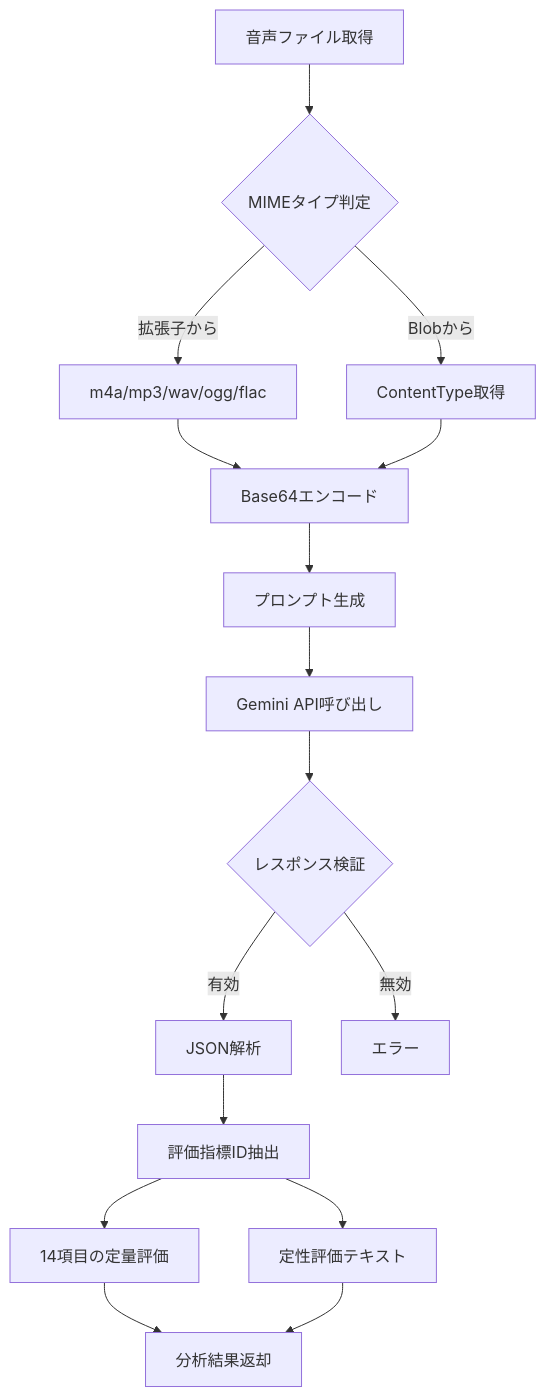
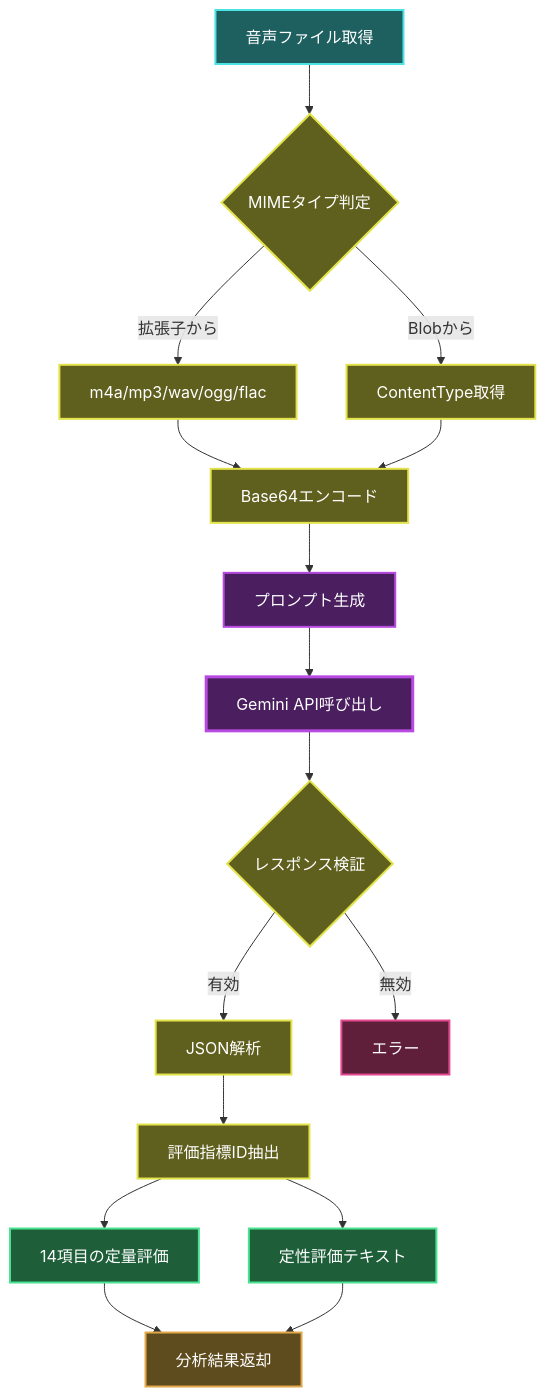
Before and after one commit to tasai-lab/appsheet-gas-automation: the fourth of 4 diagrams in gas_projects/Appsheet_営業_音声記録/SCRIPT_ARCHITECTURE.md, drawn with Mermaid. The commit also changed other lines of this file and 4 other files, not shown here.

First line of the commit message:
docs: 全ての図に配色ガイドライン準拠の配色を適用

````diff
--- a/gas_projects/Appsheet_営業_音声記録/SCRIPT_ARCHITECTURE.md
+++ b/gas_projects/Appsheet_営業_音声記録/SCRIPT_ARCHITECTURE.md
@@ -222,22 +236,38 @@
 ```mermaid
 graph TD
     A[音声ファイル取得] --> B{MIMEタイプ判定}
     B -->|拡張子から| C[m4a/mp3/wav/ogg/flac]
     B -->|Blobから| D[ContentType取得]
     C --> E[Base64エンコード]
     D --> E
     
     E --> F[プロンプト生成]
     F --> G[Gemini API呼び出し]
     
     G --> H{レスポンス検証}
     H -->|有効| I[JSON解析]
     H -->|無効| J[エラー]
     
     I --> K[評価指標ID抽出]
     K --> L[14項目の定量評価]
     K --> M[定性評価テキスト]
     
     L --> N[分析結果返却]
     M --> N
+    
+    %% スタイル定義（ダークモード対応）
+    style A fill:#1e5f5f,stroke:#4ae2e2,stroke-width:2px,color:#fff
+    style B fill:#5f5f1e,stroke:#e2e24a,stroke-width:2px,color:#fff
+    style C fill:#5f5f1e,stroke:#e2e24a,stroke-width:2px,color:#fff
+    style D fill:#5f5f1e,stroke:#e2e24a,stroke-width:2px,color:#fff
+    style E fill:#5f5f1e,stroke:#e2e24a,stroke-width:2px,color:#fff
+    style F fill:#4a1e5f,stroke:#b84ae2,stroke-width:2px,color:#fff
+    style G fill:#4a1e5f,stroke:#b84ae2,stroke-width:3px,color:#fff
+    style H fill:#5f5f1e,stroke:#e2e24a,stroke-width:2px,color:#fff
+    style I fill:#5f5f1e,stroke:#e2e24a,stroke-width:2px,color:#fff
+    style J fill:#5f1e3a,stroke:#e24a90,stroke-width:2px,color:#fff
+    style K fill:#5f5f1e,stroke:#e2e24a,stroke-width:2px,color:#fff
+    style L fill:#1e5f3a,stroke:#4ae290,stroke-width:2px,color:#fff
+    style M fill:#1e5f3a,stroke:#4ae290,stroke-width:2px,color:#fff
+    style N fill:#5f4c1e,stroke:#e2a84a,stroke-width:2px,color:#fff
 ```
````
